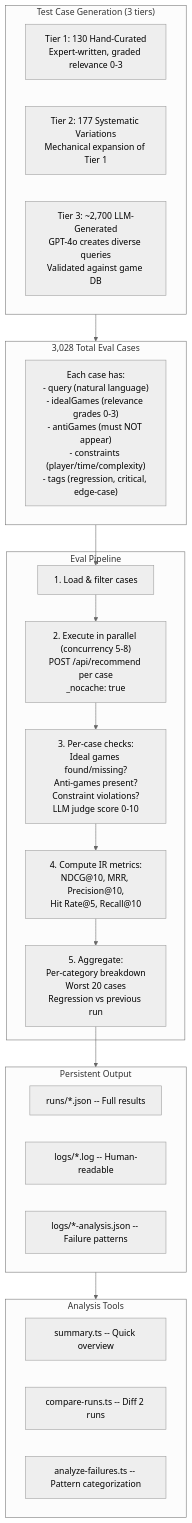
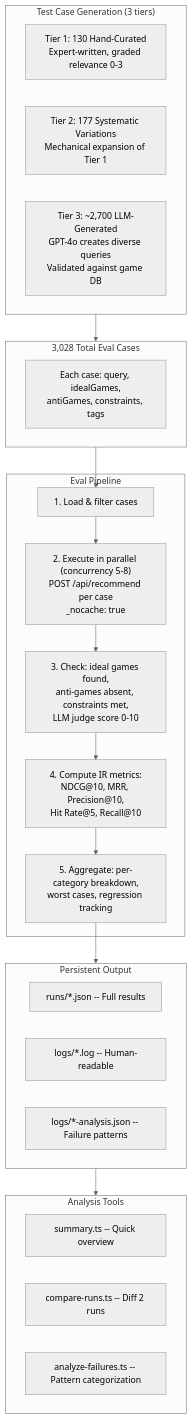
Before and after one commit to stopitdan/recommendagame: the eighth of 11 diagrams in docs/HACKMD-REVIEW.md, drawn with Mermaid (neutral theme). The commit also changed other lines of this file and 2 other files, not shown here.

First line of the commit message:
Fix mermaid diagrams: simplify nodes that caused 'Unsupported markdown: list'

````diff
--- a/docs/HACKMD-REVIEW.md
+++ b/docs/HACKMD-REVIEW.md
@@ -463,35 +463,35 @@
 ```mermaid
 graph TB
     subgraph Generation["Test Case Generation (3 tiers)"]
         HAND["Tier 1: 130 Hand-Curated<br/>Expert-written, graded relevance 0-3"]
         EXPAND["Tier 2: 177 Systematic Variations<br/>Mechanical expansion of Tier 1"]
         LLM_GEN["Tier 3: ~2,700 LLM-Generated<br/>GPT-4o creates diverse queries<br/>Validated against game DB"]
     end
 
     subgraph Cases["3,028 Total Eval Cases"]
-        STRUCT["Each case has:<br/>- query (natural language)<br/>- idealGames (relevance grades 0-3)<br/>- antiGames (must NOT appear)<br/>- constraints (player/time/complexity)<br/>- tags (regression, critical, edge-case)"]
+        STRUCT["Each case: query, idealGames,<br/>antiGames, constraints, tags"]
     end
 
     subgraph Pipeline["Eval Pipeline"]
         LOAD["1. Load & filter cases"]
         EXEC["2. Execute in parallel (concurrency 5-8)<br/>POST /api/recommend per case<br/>_nocache: true"]
-        CHECK["3. Per-case checks:<br/>Ideal games found/missing?<br/>Anti-games present?<br/>Constraint violations?<br/>LLM judge score 0-10"]
+        CHECK["3. Check: ideal games found,<br/>anti-games absent, constraints met,<br/>LLM judge score 0-10"]
         IR["4. Compute IR metrics:<br/>NDCG@10, MRR, Precision@10,<br/>Hit Rate@5, Recall@10"]
-        AGG["5. Aggregate:<br/>Per-category breakdown<br/>Worst 20 cases<br/>Regression vs previous run"]
+        AGG["5. Aggregate: per-category breakdown,<br/>worst cases, regression tracking"]
     end
 
     subgraph Output["Persistent Output"]
         JSON["runs/*.json -- Full results"]
         LOG["logs/*.log -- Human-readable"]
         ANALYSIS["logs/*-analysis.json -- Failure patterns"]
     end
 
     subgraph Tools["Analysis Tools"]
         SUMMARY["summary.ts -- Quick overview"]
         COMPARE["compare-runs.ts -- Diff 2 runs"]
         FAIL["analyze-failures.ts -- Pattern categorization"]
     end
 
     Generation --> Cases --> LOAD --> EXEC --> CHECK --> IR --> AGG --> Output
     Output --> Tools
 ```
````
